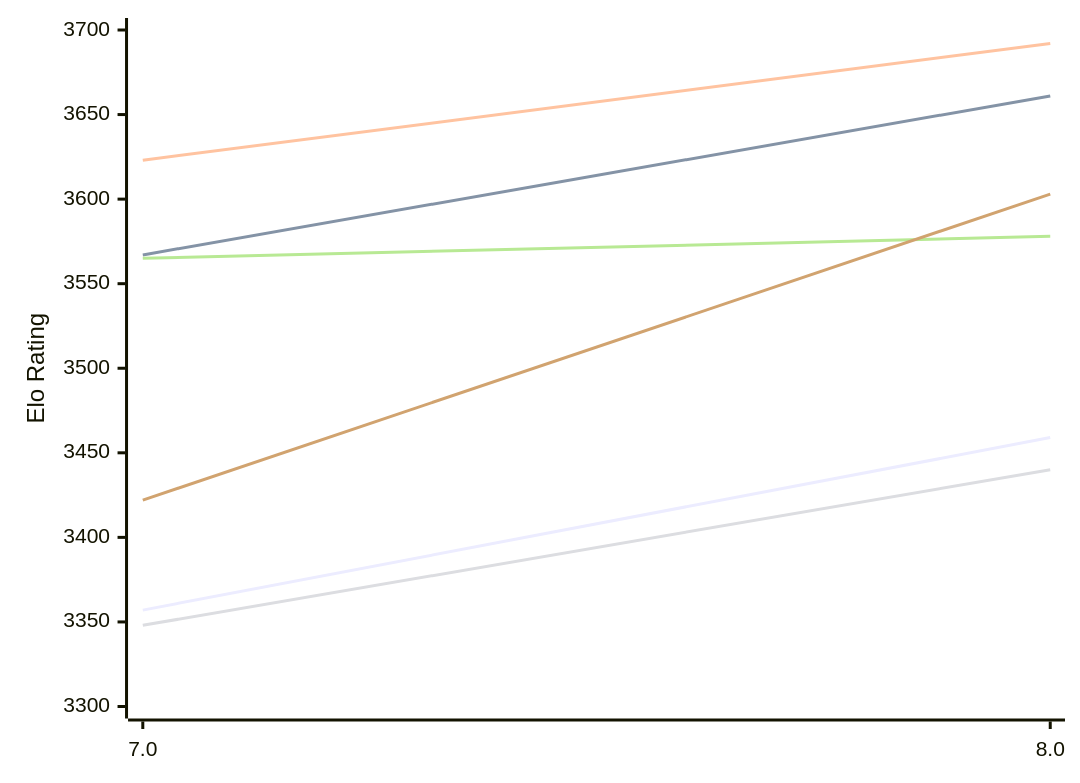
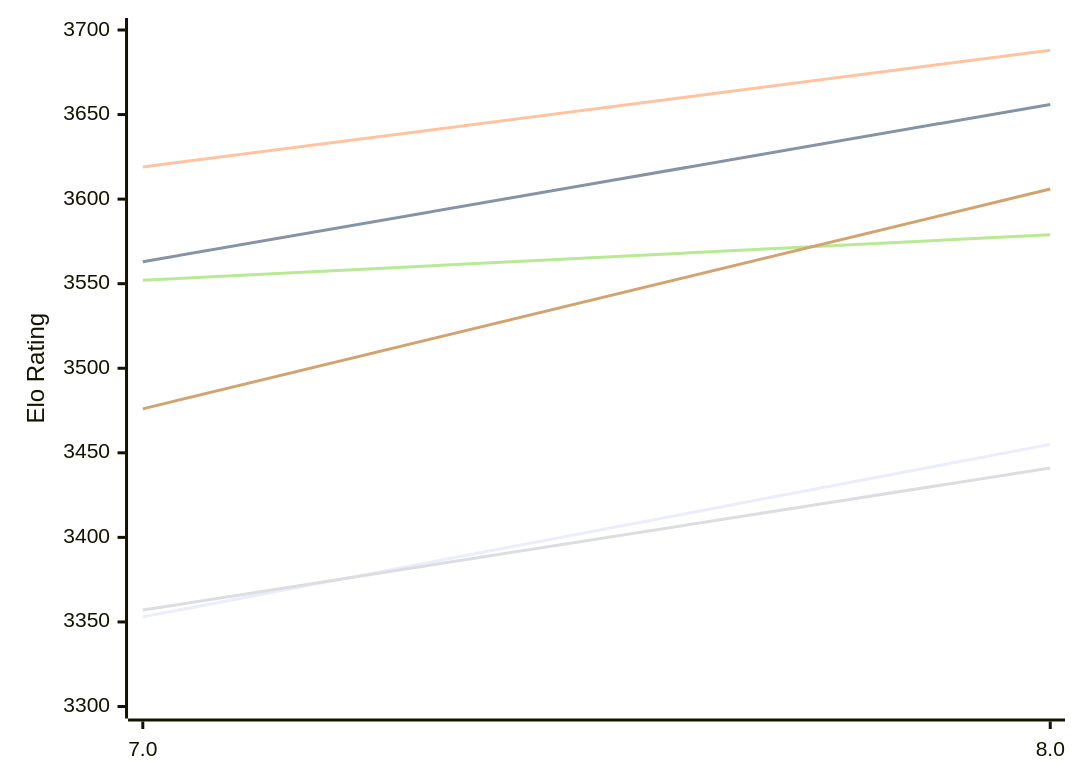
Before and after one commit to computer-chess-index/cci: the first of 2 diagrams in engines/Integral.md, drawn with Mermaid. The commit also changed other lines of this file, not shown here.

Commit message:
Update CCI Ratings (ELO VLTC) - 2026-11-21

````diff
--- a/engines/Integral.md
+++ b/engines/Integral.md
@@ -50,12 +50,12 @@
 ```mermaid
 %%{init: {"theme":"base","themeVariables":{"seriesColors:['#a3a3a3','#222221','#faa371']}}}%%
 xychart-beta
   x-axis ["7.0", "8.0"]
   y-axis "Elo Rating" 3300 --> 3700
-  line "E1: STC (8.0+0.08s)" [3357, 3459]
-  line "E1: LTC (60.0+0.60s)" [3567, 3661]
-  line "E1: VLTC (2m24s+1.12s)" [3623, 3692]
-  line "P1: STC (8.0+0.08s)" [3348, 3440]
-  line "P1: LTC (60.0+0.60s)" [3565, 3578]
-  line "P1: VLTC (2m24s+1.12s)" [3422, 3603]
+  line "E1: STC (8.0+0.08s)" [3353, 3455]
+  line "E1: LTC (60.0+0.60s)" [3563, 3656]
+  line "E1: VLTC (2m24s+1.12s)" [3619, 3688]
+  line "P1: STC (8.0+0.08s)" [3357, 3441]
+  line "P1: LTC (60.0+0.60s)" [3552, 3579]
+  line "P1: VLTC (2m24s+1.12s)" [3476, 3606]
 ```
````
